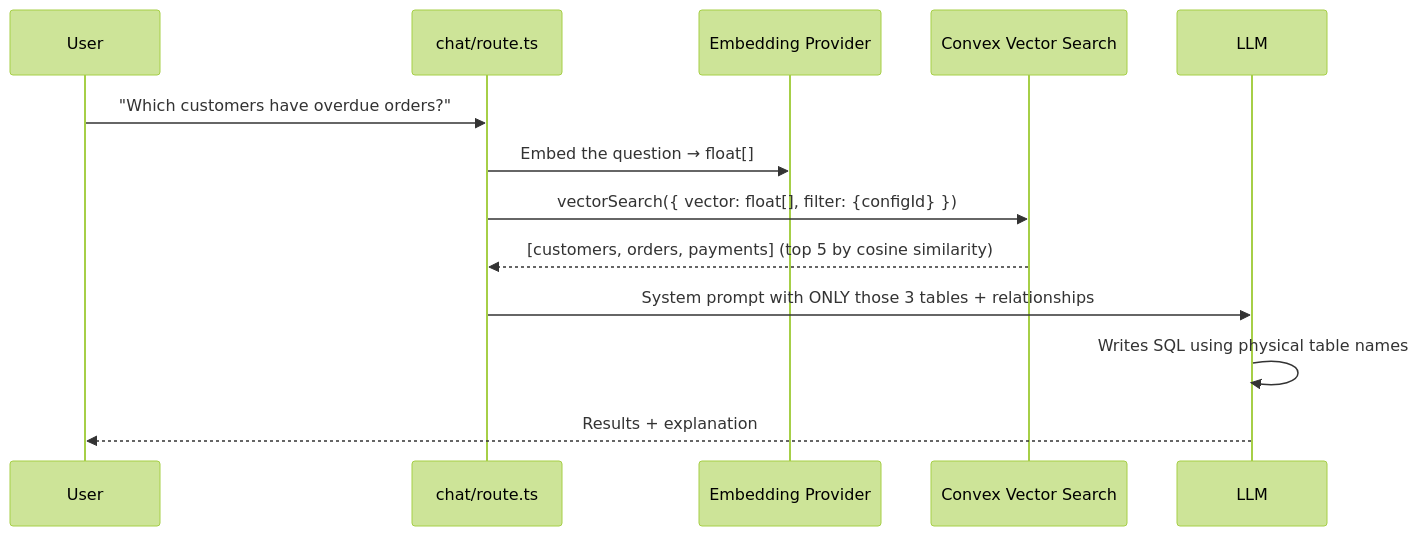
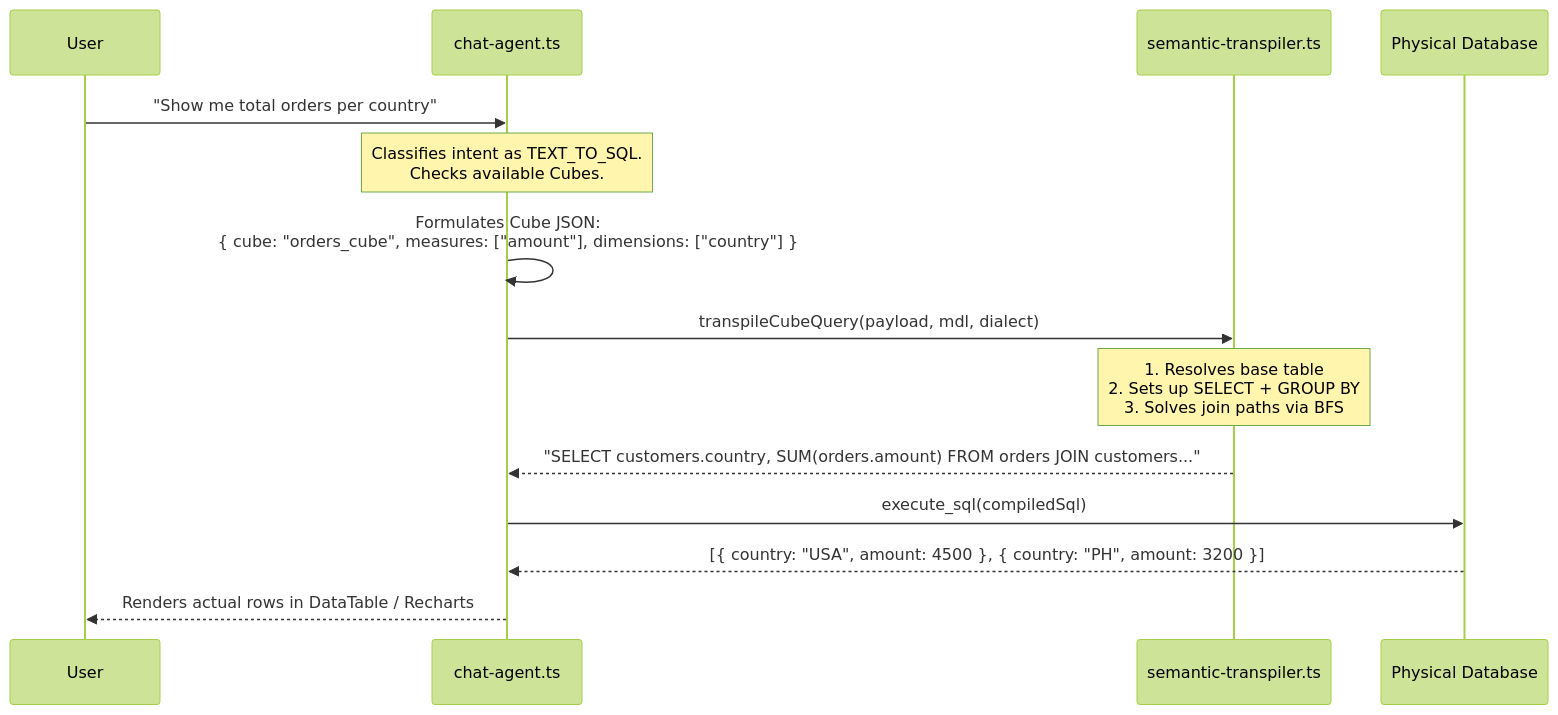
One commit to Auto-Happiness/orcha-agent-os changed the second of 2 diagrams in diagrams/Semantic.md. Above: the diagram before and after it, drawn with Mermaid (forest theme). The commit also changed other lines of this file and 8 other files, not shown here.

Commit message:
semantic cubes for better reasoning

````diff
--- a/diagrams/Semantic.md
+++ b/diagrams/Semantic.md
@@ -90,16 +155,22 @@
 ```mermaid
 sequenceDiagram
     participant User
-    participant Chat as chat/route.ts
-    participant Embed as Embedding Provider
-    participant Convex as Convex Vector Search
-    participant LLM
-
-    User->>Chat: "Which customers have overdue orders?"
-    Chat->>Embed: Embed the question → float[]
-    Chat->>Convex: vectorSearch({ vector: float[], filter: {configId} })
-    Convex-->>Chat: [customers, orders, payments] (top 5 by cosine similarity)
-    Chat->>LLM: System prompt with ONLY those 3 tables + relationships
-    LLM->>LLM: Writes SQL using physical table names
-    LLM-->>User: Results + explanation
+    participant Chat as chat-agent.ts
+    participant Transpiler as semantic-transpiler.ts
+    participant DB as Physical Database
+    
+    User->>Chat: "Show me total orders per country"
+    Note over Chat: Classifies intent as TEXT_TO_SQL.<br/>Checks available Cubes.
+    
+    Chat->>Chat: Formulates Cube JSON:<br/>{ cube: "orders_cube", measures: ["amount"], dimensions: ["country"] }
+    
+    Chat->>Transpiler: transpileCubeQuery(payload, mdl, dialect)
+    Note over Transpiler: 1. Resolves base table<br/>2. Sets up SELECT + GROUP BY<br/>3. Solves join paths via BFS
+    
+    Transpiler-->>Chat: "SELECT customers.country, SUM(orders.amount) FROM orders JOIN customers..."
+    
+    Chat->>DB: execute_sql(compiledSql)
+    DB-->>Chat: [{ country: "USA", amount: 4500 }, { country: "PH", amount: 3200 }]
+    
+    Chat-->>User: Renders actual rows in DataTable / Recharts
 ```
````
